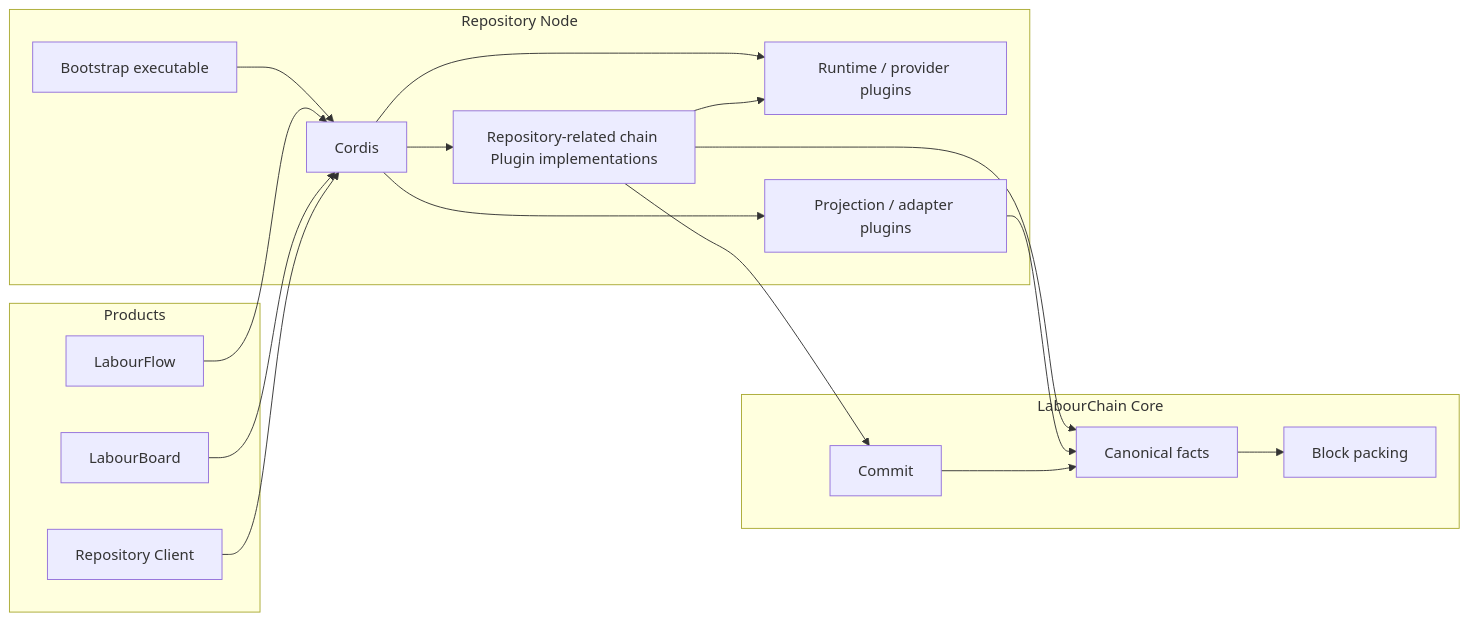
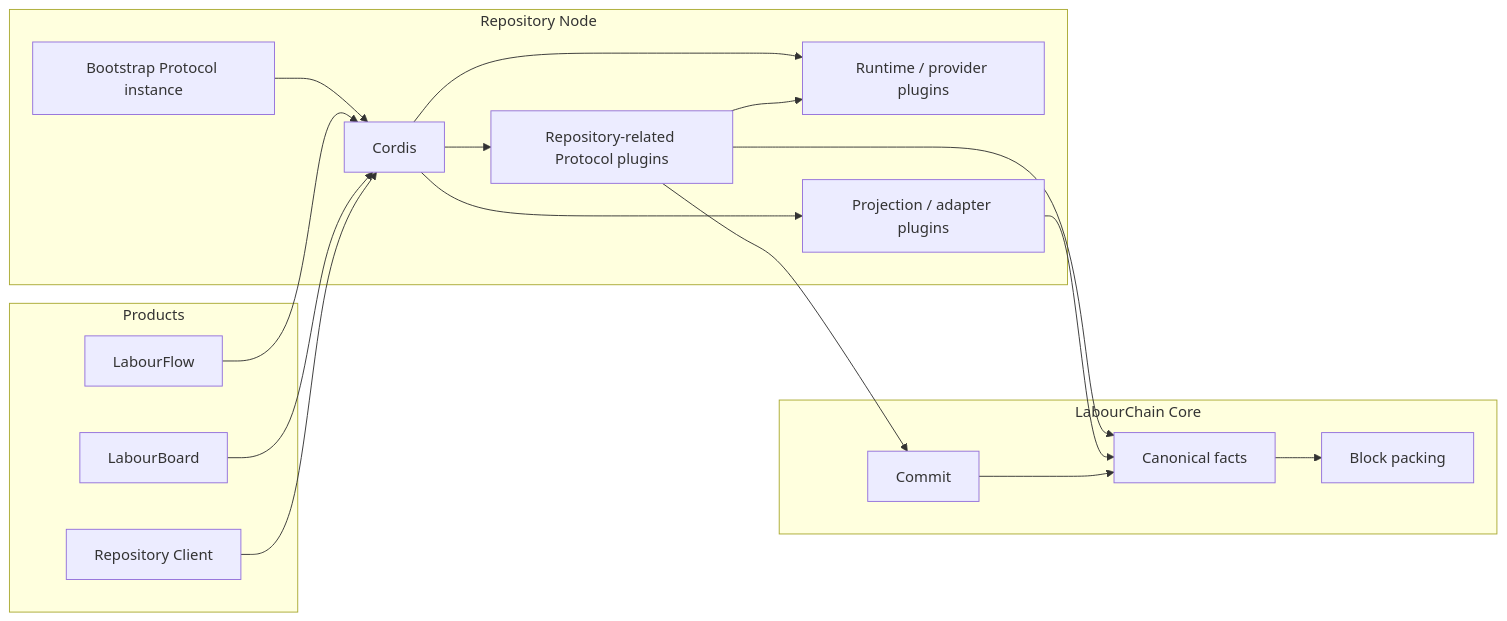
The second of 4 diagrams in docs/architecture.md (labourchain/repository), drawn with Mermaid before and after one commit. The commit also changed other lines of this file, not shown here.

Commit message:
docs: restore accepted Protocol architecture

````diff
--- a/docs/architecture.md
+++ b/docs/architecture.md
@@ -91,38 +96,38 @@
 ```mermaid
 flowchart LR
     subgraph Products["Products"]
         Flow["LabourFlow"]
         Board["LabourBoard"]
         Client["Repository Client"]
     end
 
     subgraph Node["Repository Node"]
-        Bootstrap["Bootstrap executable"]
+        Bootstrap["Bootstrap Protocol instance"]
         Cordis["Cordis"]
-        RepoPlugins["Repository-related chain Plugin implementations"]
+        RepoPlugins["Repository-related Protocol plugins"]
         Providers["Runtime / provider plugins"]
         Views["Projection / adapter plugins"]
     end
 
     subgraph Core["LabourChain Core"]
         Facts["Canonical facts"]
         Commit["Commit"]
         Block["Block packing"]
     end
 
     Bootstrap --> Cordis
     Cordis --> RepoPlugins
     Cordis --> Providers
     Cordis --> Views
 
     Flow --> Cordis
     Board --> Cordis
     Client --> Cordis
 
     RepoPlugins --> Providers
     RepoPlugins --> Facts
     RepoPlugins --> Commit
     Views --> Facts
     Commit --> Facts
     Facts --> Block
 ```
````
